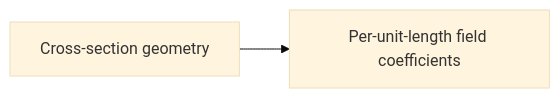
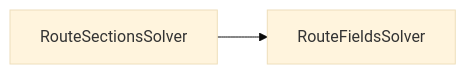
Before and after one commit to ShiboSoftwareDev/signal-integrity-pipeline: the first of 2 diagrams in README.md, drawn with Mermaid (base theme). The commit also changed other lines of this file and 13 other files, not shown here.

First line of the commit message:
feat: add RouteFieldsSolver

````diff
--- a/README.md
+++ b/README.md
@@ -15,4 +16,4 @@
 ```mermaid
 flowchart LR
-  input["Cross-section geometry"] --> result["Per-unit-length field coefficients"]
+  input["RouteSectionsSolver"] --> result["RouteFieldsSolver"]
 ```
````
